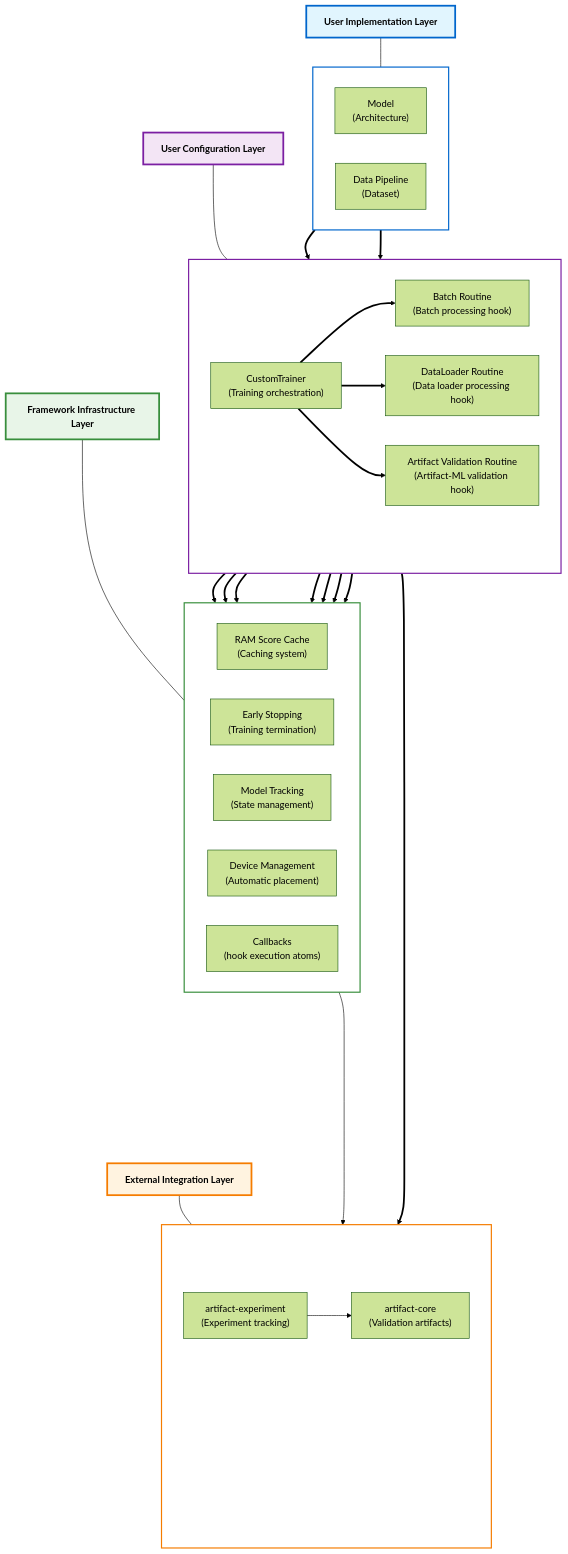
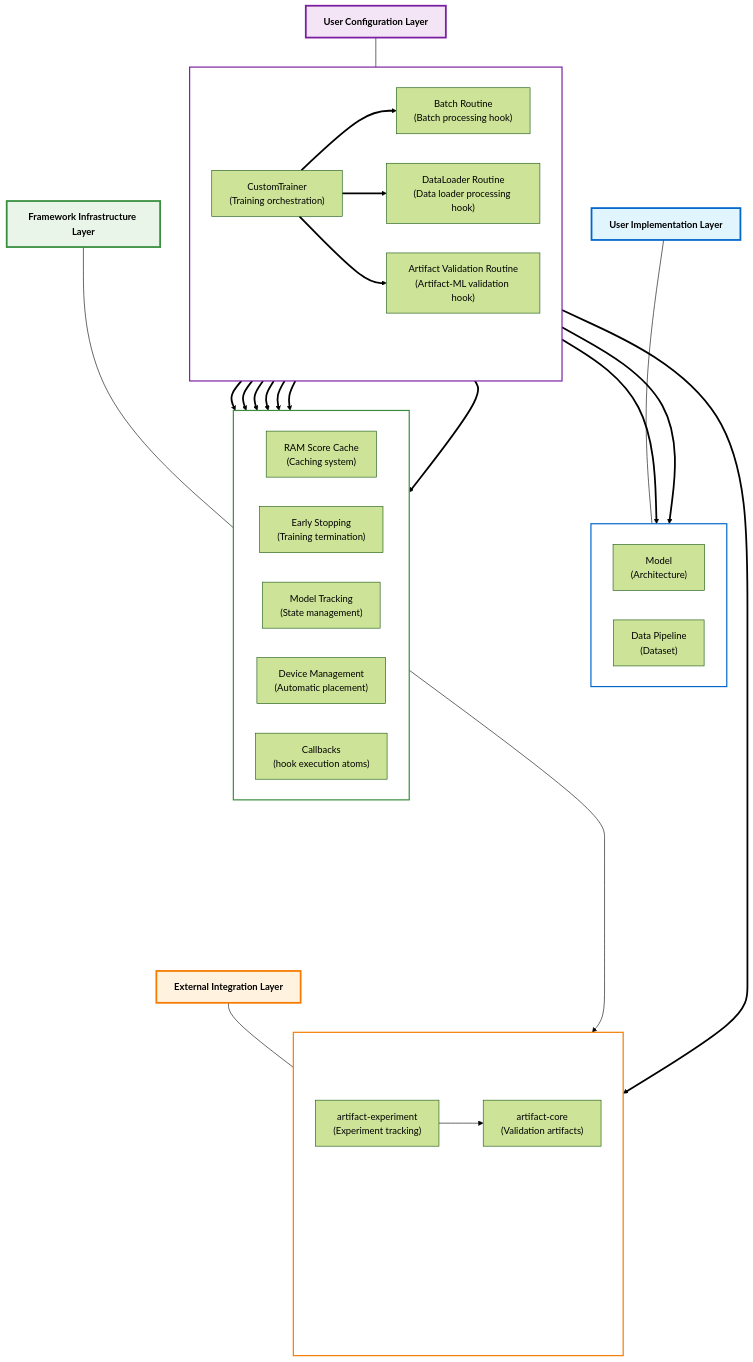
One commit to vasileios-ektor-papoulias/artifact-ml changed the diagram in artifact-torch/README.md. Above: the diagram before and after it, drawn with Mermaid (forest theme).

Commit message:
Fix arrow directions in artifact-torch diagram

```diff
--- a/artifact-torch/README.md
+++ b/artifact-torch/README.md
@@ -112,9 +112,9 @@
     end
     
     %% Component connections with optimal ordering
-    %% Implementation to Configuration
-    Model --> Trainer
-    Data --> Trainer
+    %% Configuration uses Implementation
+    Trainer --> Model
+    Trainer --> Data
     
     %% Configuration to Infrastructure (left to right order)
     Trainer --> Cache
```
